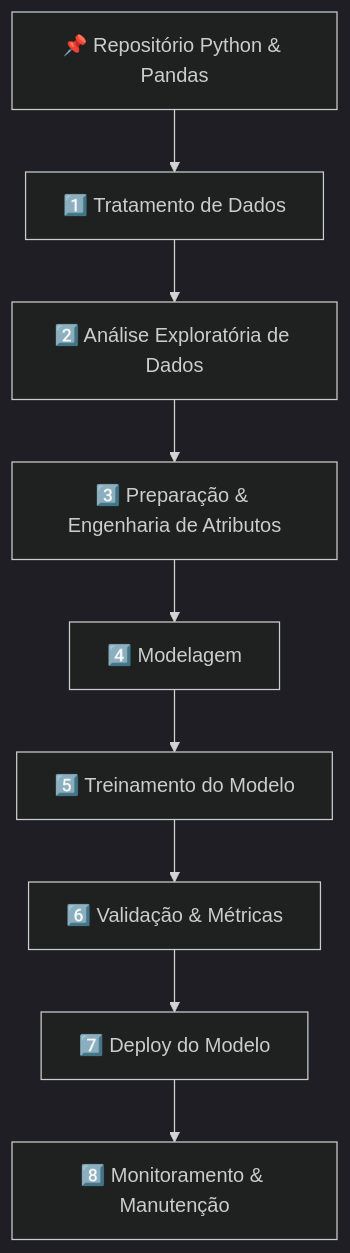
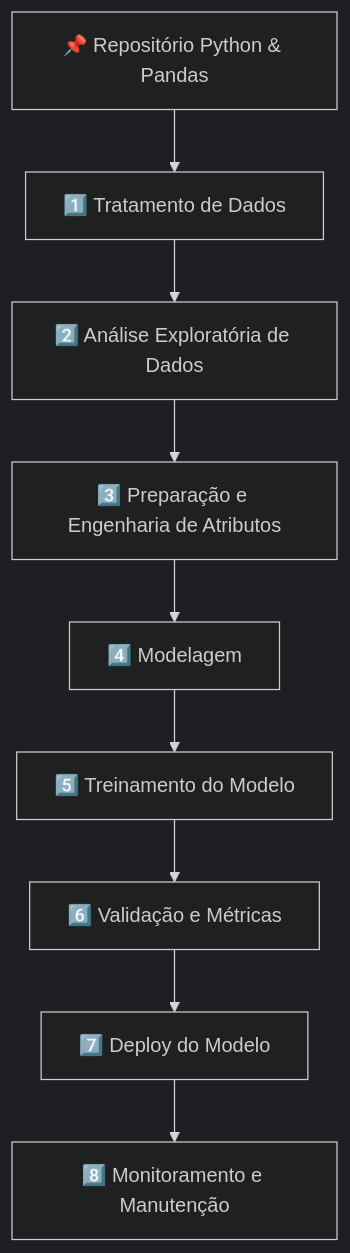
Before and after one commit to JoaoMarcelo22/Python: the diagram in README.md, drawn with Mermaid (dark theme).

````diff
--- a/README.md
+++ b/README.md
@@ -21,11 +21,11 @@
 ```mermaid
 flowchart TD
     A[📌 Repositório Python & Pandas] --> B[1️⃣ Tratamento de Dados]
     B --> C[2️⃣ Análise Exploratória de Dados]
-    C --> D[3️⃣ Preparação & Engenharia de Atributos]
+    C --> D[3️⃣ Preparação e Engenharia de Atributos]
     D --> E[4️⃣ Modelagem]
     E --> F[5️⃣ Treinamento do Modelo]
-    F --> G[6️⃣ Validação & Métricas]
+    F --> G[6️⃣ Validação e Métricas]
     G --> H[7️⃣ Deploy do Modelo]
-    H --> I[8️⃣ Monitoramento & Manutenção]
+    H --> I[8️⃣ Monitoramento e Manutenção]
 ```
````
